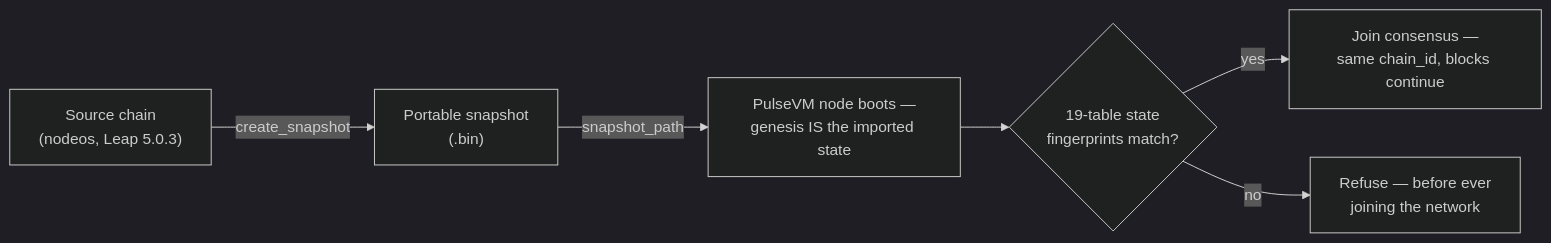
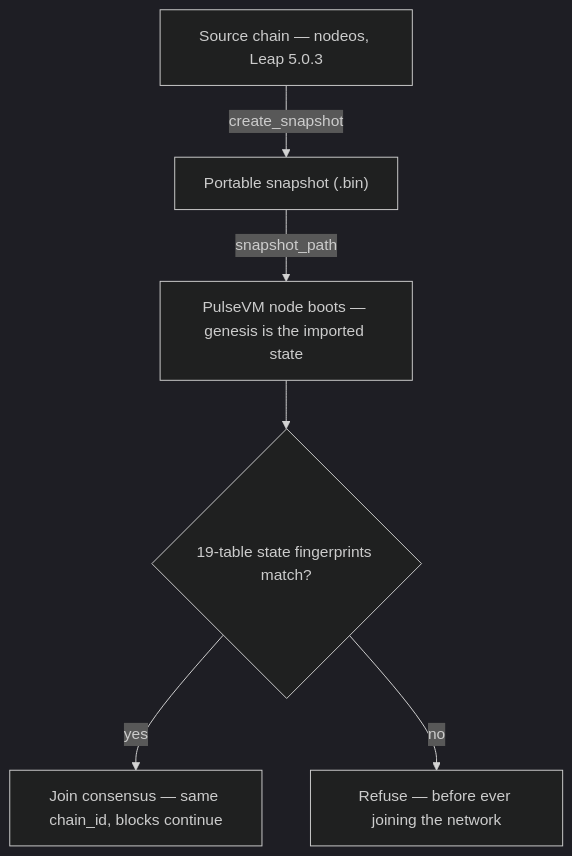
The diagram in docs/guide/migrate-antelope-chain.md (paulgnz/pulsevm-docs), drawn with Mermaid (dark theme) before and after one commit.

Commit message:
migrate page: restack how-it-works diagram TB (LR was scaling text illegibly)

````diff
--- a/docs/guide/migrate-antelope-chain.md
+++ b/docs/guide/migrate-antelope-chain.md
@@ -72,8 +72,8 @@
 ```mermaid
-flowchart LR
-  a["Source chain\n(nodeos, Leap 5.0.3)"] -->|create_snapshot| b["Portable snapshot\n(.bin)"]
-  b -->|"snapshot_path"| c["PulseVM node boots —\ngenesis IS the imported state"]
-  c --> d{"19-table state\nfingerprints match?"}
-  d -- yes --> e["Join consensus —\nsame chain_id, blocks continue"]
-  d -- no --> f["Refuse — before ever\njoining the network"]
+flowchart TB
+  a["Source chain — nodeos, Leap 5.0.3"] -->|create_snapshot| b["Portable snapshot (.bin)"]
+  b -->|snapshot_path| c["PulseVM node boots — genesis is the imported state"]
+  c --> d{"19-table state fingerprints match?"}
+  d -- yes --> e["Join consensus — same chain_id, blocks continue"]
+  d -- no --> f["Refuse — before ever joining the network"]
 ```
````
